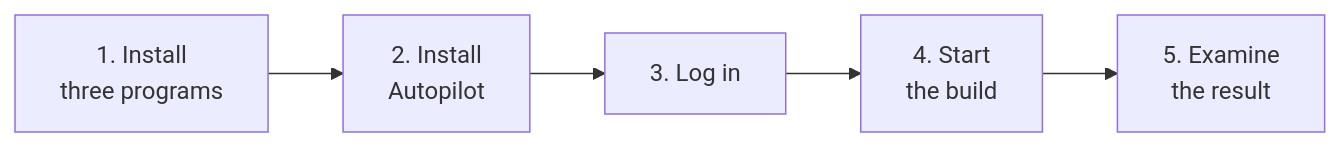
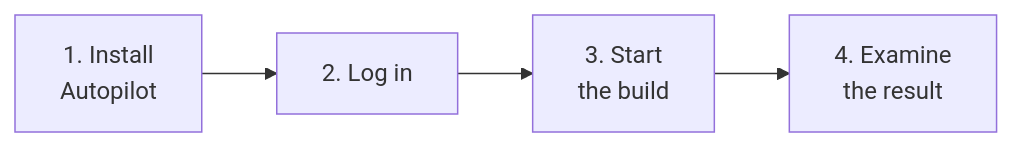
One commit to manishjnv/AutoPilot changed the diagram in GUIDE.md. Above: the diagram before and after it, drawn with Mermaid. The commit also changed other lines of this file and 9 other files, not shown here.

````diff
--- a/GUIDE.md
+++ b/GUIDE.md
@@ -15,6 +15,6 @@
 ```mermaid
 flowchart LR
     accTitle: The tutorial in five steps
-    accDescr: Install three programs, install Autopilot, log in, start the build, then examine the result.
-    A["1. Install<br/>three programs"] --> B["2. Install<br/>Autopilot"] --> C["3. Log in"] --> D["4. Start<br/>the build"] --> E["5. Examine<br/>the result"]
+    accDescr: Install Autopilot, log in, start the build, then examine the result.
+    A["1. Install<br/>Autopilot"] --> B["2. Log in"] --> C["3. Start<br/>the build"] --> D["4. Examine<br/>the result"]
 ```
````
